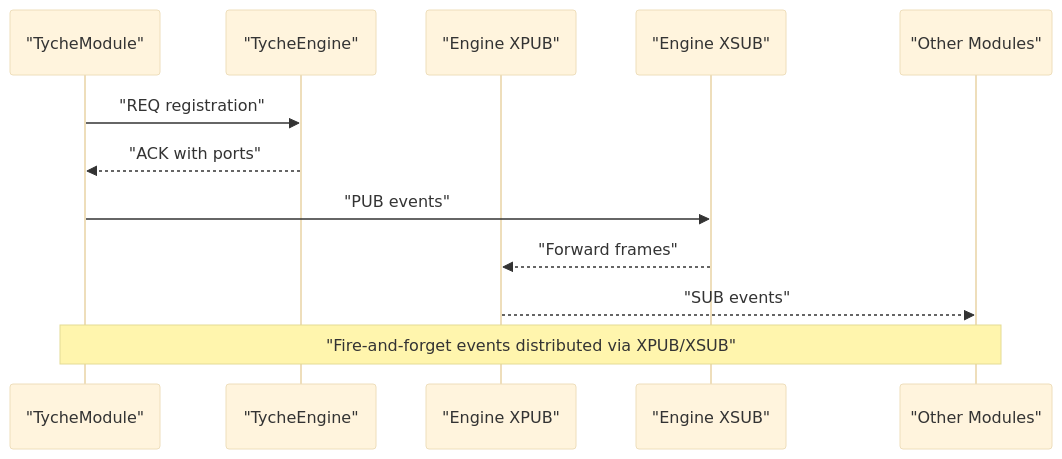
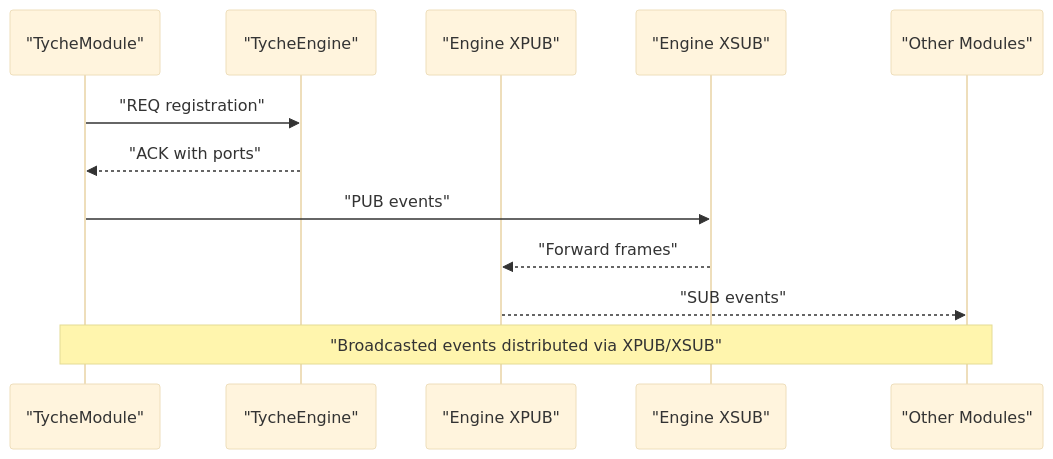
One commit to zt281/TycheEngine changed the second of 7 diagrams in .qoder/repowiki/en/content/Communication Patterns/Communication Patterns.md. Above: the diagram before and after it, drawn with Mermaid (base theme). The commit also changed other lines of this file and 11 other files, not shown here.

````diff
--- a/.qoder/repowiki/en/content/Communication Patterns/Communication Patterns.md
+++ b/.qoder/repowiki/en/content/Communication Patterns/Communication Patterns.md
@@ -112,14 +124,14 @@
 ```mermaid
 sequenceDiagram
 participant Mod as "TycheModule"
 participant Eng as "TycheEngine"
 participant XPUB as "Engine XPUB"
 participant XSUB as "Engine XSUB"
 participant Sub as "Other Modules"
 Mod->>Eng : "REQ registration"
 Eng-->>Mod : "ACK with ports"
 Mod->>XSUB : "PUB events"
 XSUB-->>XPUB : "Forward frames"
 XPUB-->>Sub : "SUB events"
-Note over Mod,Sub : "Fire-and-forget events distributed via XPUB/XSUB"
+Note over Mod,Sub : "Broadcasted events distributed via XPUB/XSUB"
 ```
````
